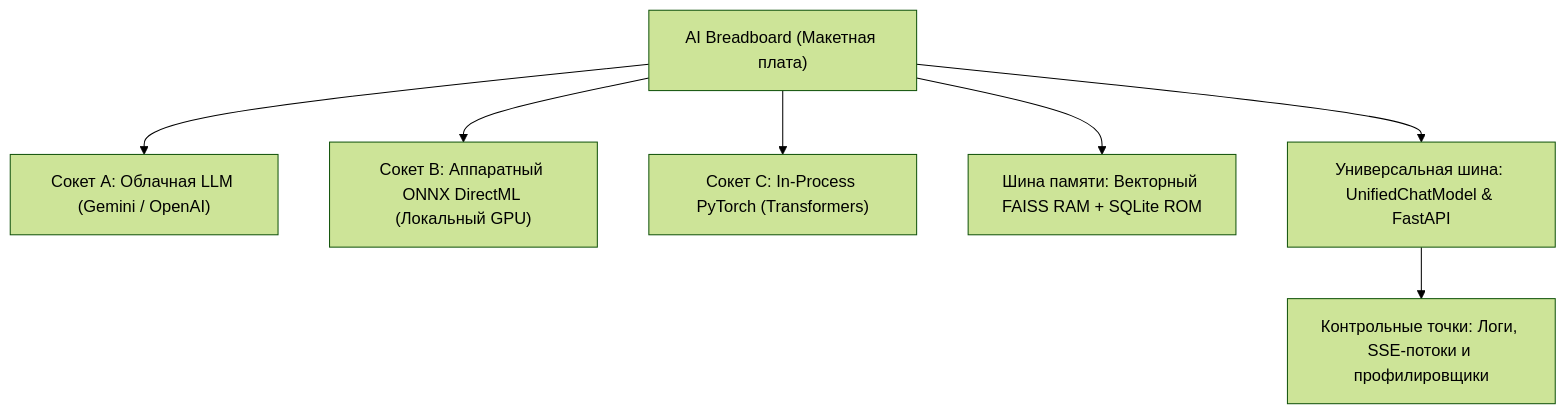
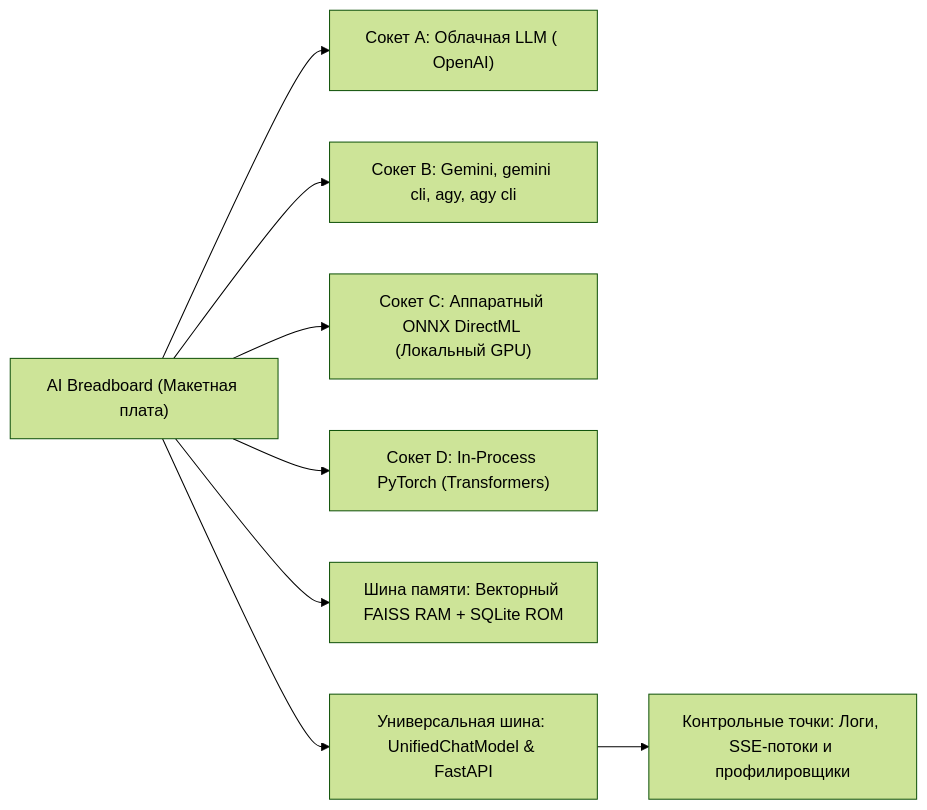
One commit to hypo69/AI-Breadboard changed the first of 2 diagrams in docs/ru/cook-book/ch01_philosophy.md. Above: the diagram before and after it, drawn with Mermaid (forest theme). The commit also changed 161 other files, not shown here.

````diff
--- a/docs/ru/cook-book/ch01_philosophy.md
+++ b/docs/ru/cook-book/ch01_philosophy.md
@@ -16,9 +16,13 @@
 ```mermaid
-graph TD
-    Breadboard["AI Breadboard (Макетная плата)"] --> Socket1["Сокет A: Облачная LLM (Gemini / OpenAI)"]
-    Breadboard --> Socket2["Сокет B: Аппаратный ONNX DirectML (Локальный GPU)"]
-    Breadboard --> Socket3["Сокет C: In-Process PyTorch (Transformers)"]
+graph LR
+    Breadboard["AI Breadboard (Макетная плата)"]
+
+    Breadboard --> Socket1["Сокет A: Облачная LLM ( OpenAI)"]
+    Breadboard --> Socket2["Сокет B: Gemini, gemini cli, agy, agy cli"]
+    Breadboard --> Socket3["Сокет C: Аппаратный ONNX DirectML (Локальный GPU)"]
+    Breadboard --> Socket4["Сокет D: In-Process PyTorch (Transformers)"]
     Breadboard --> Memory["Шина памяти: Векторный FAISS RAM + SQLite ROM"]
     Breadboard --> Bus["Универсальная шина: UnifiedChatModel & FastAPI"]
+
     Bus --> Probes["Контрольные точки: Логи, SSE-потоки и профилировщики"]
 ```
````
